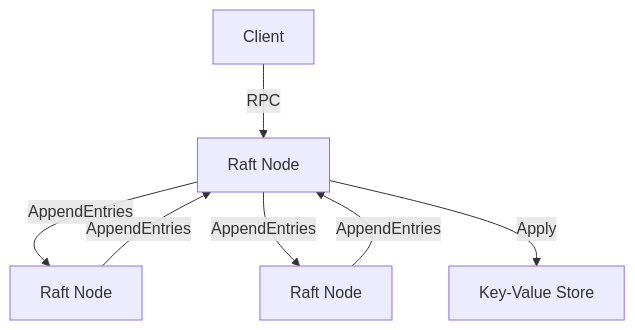
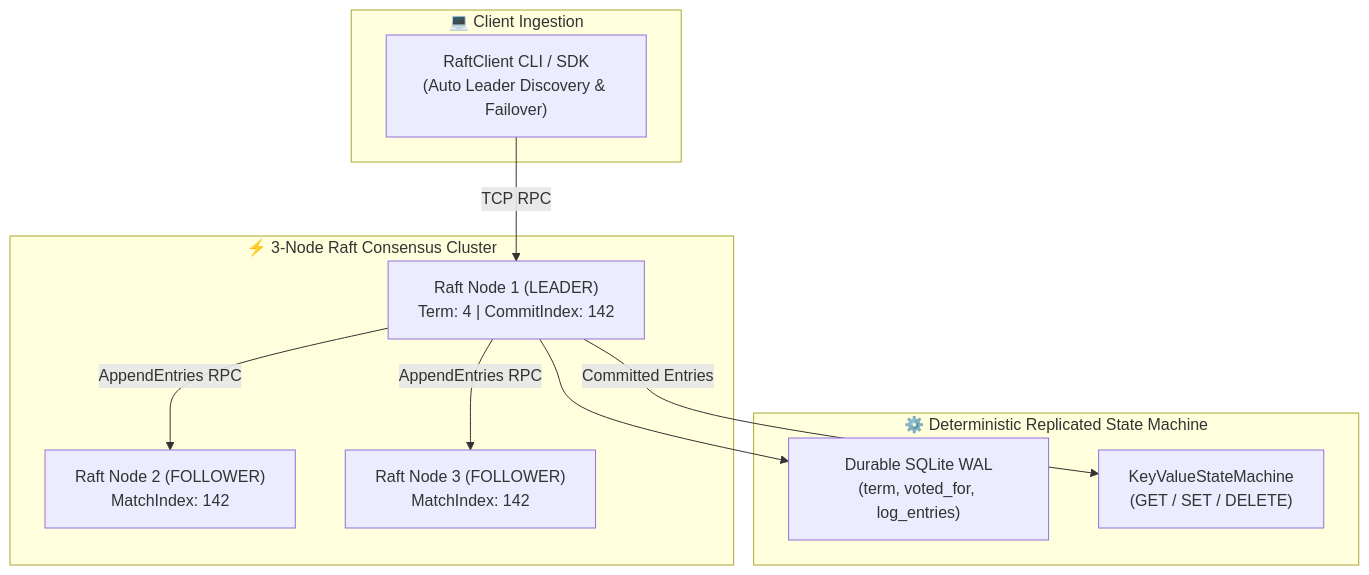
One commit to Rithikasri-code/raftkvstore changed the diagram in README.md. Above: the diagram before and after it, drawn with Mermaid. The commit also changed other lines of this file and 17 other files, not shown here.

Commit message:
feat(core): implement production-grade asyncio Raft distributed consensus engine

````diff
--- a/README.md
+++ b/README.md
@@ -41,9 +22,23 @@
 ```mermaid
 flowchart TD
-    Client -->|RPC| Node1[Raft Node]
-    Node1 -->|AppendEntries| Node2[Raft Node]
-    Node1 -->|AppendEntries| Node3[Raft Node]
-    Node2 -->|AppendEntries| Node1
-    Node3 -->|AppendEntries| Node1
-    Node1 -->|Apply| KVStore[Key‑Value Store]
+    subgraph ClientLayer["💻 Client Ingestion"]
+        Client["RaftClient CLI / SDK\n(Auto Leader Discovery & Failover)"]
+    end
+
+    subgraph Cluster["⚡ 3-Node Raft Consensus Cluster"]
+        Node1["Raft Node 1 (LEADER)\nTerm: 4 | CommitIndex: 142"]
+        Node2["Raft Node 2 (FOLLOWER)\nMatchIndex: 142"]
+        Node3["Raft Node 3 (FOLLOWER)\nMatchIndex: 142"]
+    end
+
+    subgraph StateMachine["⚙️ Deterministic Replicated State Machine"]
+        WAL["Durable SQLite WAL\n(term, voted_for, log_entries)"]
+        KVS["KeyValueStateMachine\n(GET / SET / DELETE)"]
+    end
+
+    Client -->|TCP RPC| Node1
+    Node1 -->|AppendEntries RPC| Node2
+    Node1 -->|AppendEntries RPC| Node3
+    Node1 --> WAL
+    Node1 -->|Committed Entries| KVS
 ```
````
